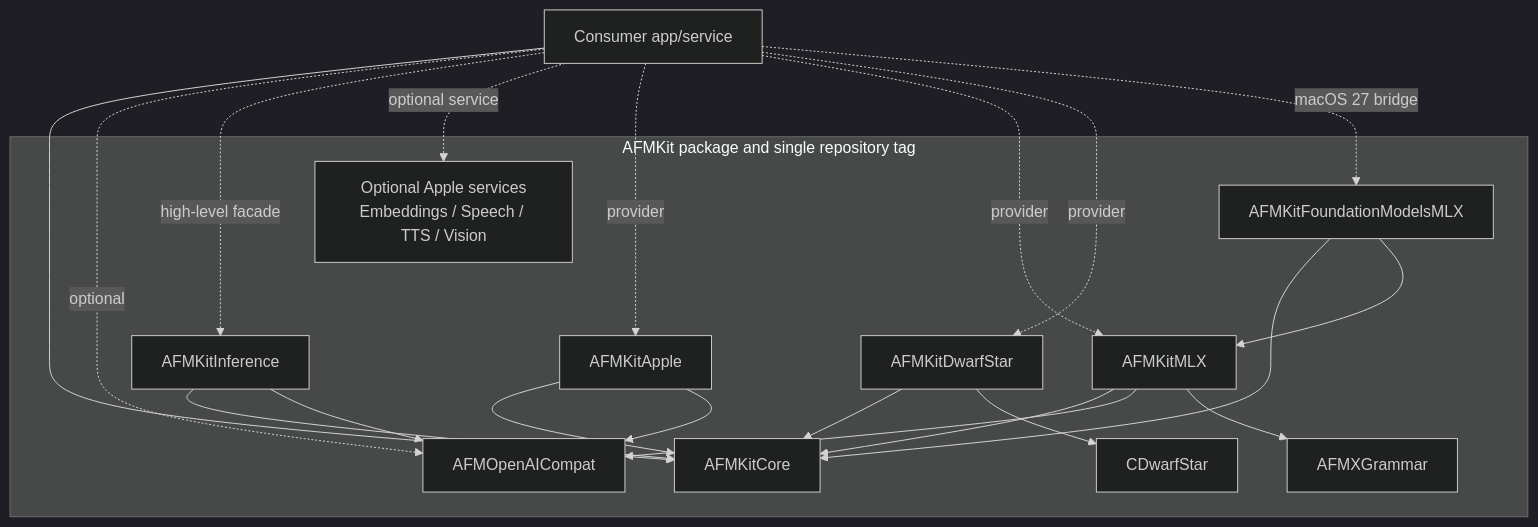
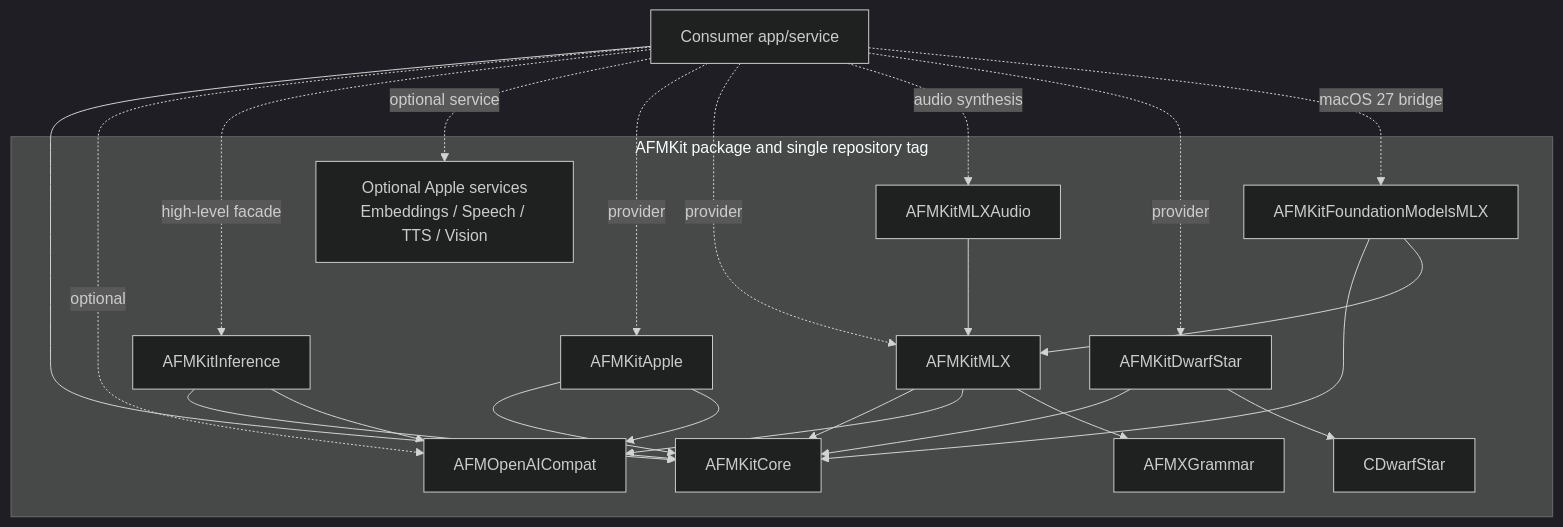
The first of 3 diagrams in Architecture/02-containers-and-modules.md (scouzi1966/AFMKit), drawn with Mermaid (dark theme) before and after one commit. The commit also changed other lines of this file and 94 other files, not shown here.

First line of the commit message:
Add AFMKit MLX audio backend

````diff
--- a/Architecture/02-containers-and-modules.md
+++ b/Architecture/02-containers-and-modules.md
@@ -5,36 +5,39 @@
 ```mermaid
 flowchart TD
     App["Consumer app/service"]
     subgraph Public["AFMKit package and single repository tag"]
         Core["AFMKitCore"]
         OAI["AFMOpenAICompat"]
         Inference["AFMKitInference"]
         Services["Optional Apple services\nEmbeddings / Speech / TTS / Vision"]
         Apple["AFMKitApple"]
         DS["AFMKitDwarfStar"]
         CDS["CDwarfStar"]
         MLX["AFMKitMLX"]
+        Audio["AFMKitMLXAudio"]
         FMMLX["AFMKitFoundationModelsMLX"]
         CGram["AFMXGrammar"]
     end
 
     App --> Core
     App -. optional .-> OAI
     App -. high-level facade .-> Inference
     App -. optional service .-> Services
     App -. provider .-> Apple
     App -. provider .-> MLX
+    App -. audio synthesis .-> Audio
     App -. provider .-> DS
     App -. macOS 27 bridge .-> FMMLX
     Apple --> Core
     Apple --> OAI
     Inference --> Core
     Inference --> OAI
     MLX --> Core
     MLX --> OAI
     MLX --> CGram
+    Audio --> MLX
     FMMLX --> Core
     FMMLX --> MLX
     DS --> Core
     DS --> CDS
 ```
````
